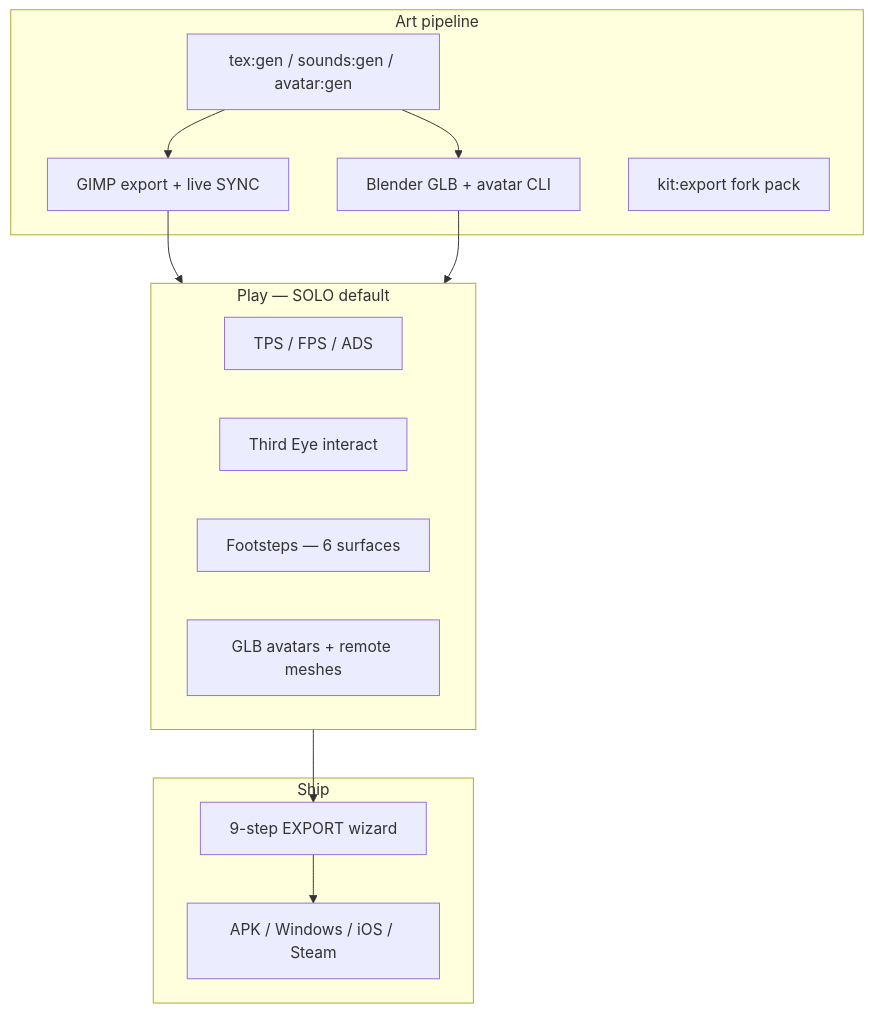
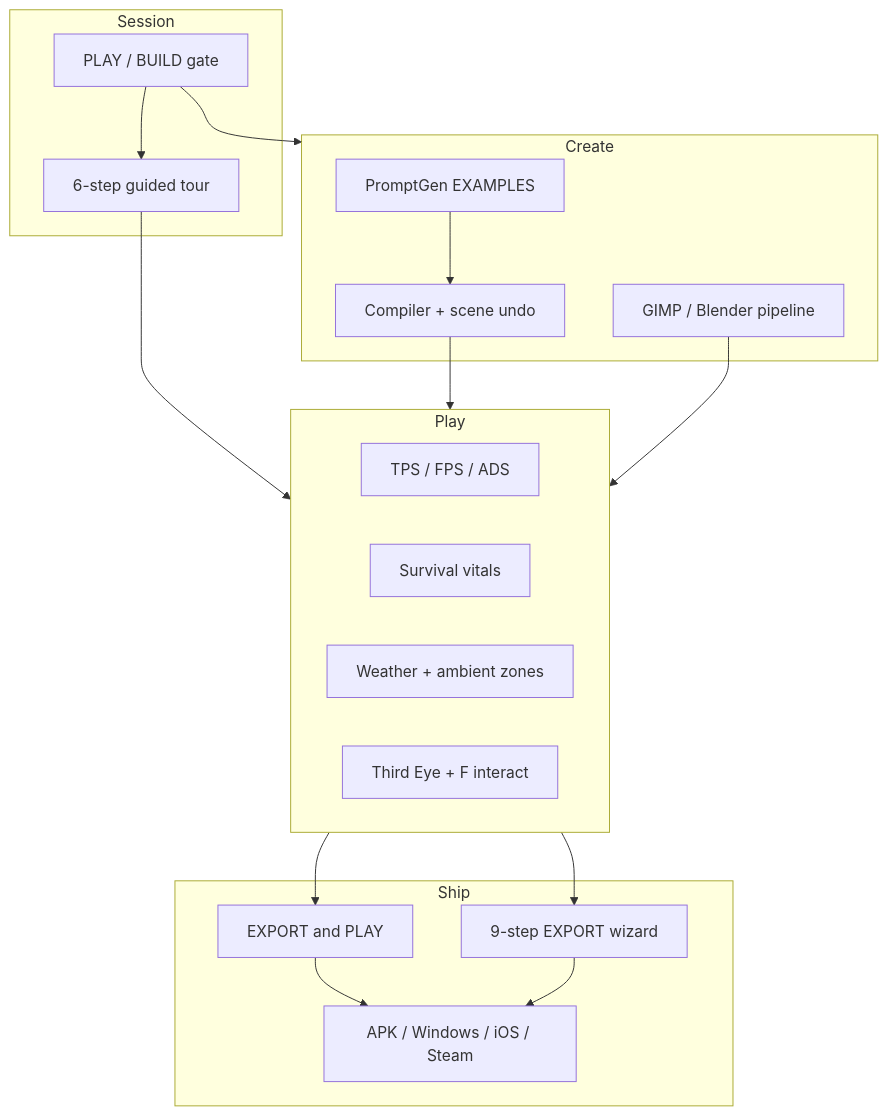
Before and after one commit to medicinalsheep/threshold: the diagram in docs/README.md, drawn with Mermaid. The commit also changed other lines of this file and 13 other files, not shown here.

````diff
--- a/docs/README.md
+++ b/docs/README.md
@@ -23,24 +25,29 @@
 ```mermaid
 flowchart TB
-    subgraph play [Play — SOLO default]
+    subgraph session [Session]
+        MODE[PLAY / BUILD gate]
+        TOUR[6-step guided tour]
+    end
+    subgraph play [Play]
         TPS[TPS / FPS / ADS]
-        TE[Third Eye interact]
-        FB[Footsteps — 6 surfaces]
-        AV[GLB avatars + remote meshes]
+        SURV[Survival vitals]
+        WX[Weather + ambient zones]
+        TE[Third Eye + F interact]
     end
-    subgraph art [Art pipeline]
-        GEN[tex:gen / sounds:gen / avatar:gen]
-        GIMP[GIMP export + live SYNC]
-        BL[Blender GLB + avatar CLI]
-        KIT[kit:export fork pack]
+    subgraph create [Create]
+        PG[PromptGen EXAMPLES]
+        COMP[Compiler + scene undo]
+        ART[GIMP / Blender pipeline]
     end
     subgraph ship [Ship]
+        QEP[EXPORT and PLAY]
         EXP[9-step EXPORT wizard]
         NAT[APK / Windows / iOS / Steam]
     end
-    GEN --> GIMP
-    GEN --> BL
-    GIMP --> play
-    BL --> play
+    MODE --> TOUR --> play
+    MODE --> create
+    PG --> COMP --> play
+    ART --> play
+    play --> QEP --> NAT
     play --> EXP --> NAT
 ```
````
